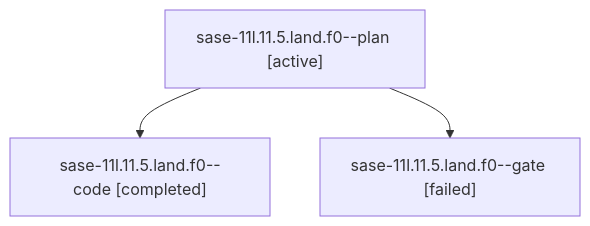
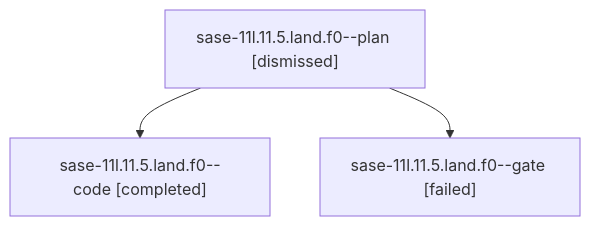
The diagram in sessions/bbugyi200.athena.sase-11l.11.5.land.f0.md (sase-org/sase--agents), drawn with Mermaid before and after one commit. The commit also changed other lines of this file and 204 other files, not shown here.

````diff
--- a/sessions/bbugyi200.athena.sase-11l.11.5.land.f0.md
+++ b/sessions/bbugyi200.athena.sase-11l.11.5.land.f0.md
@@ -9,8 +9,8 @@
 ```mermaid
 flowchart TD
-  n0["sase-11l.11.5.land.f0--plan [active]"]
+  n0["sase-11l.11.5.land.f0--plan [dismissed]"]
   n1["sase-11l.11.5.land.f0--code [completed]"]
   n0 --> n1
   n2["sase-11l.11.5.land.f0--gate [failed]"]
   n0 --> n2
 ```
````
